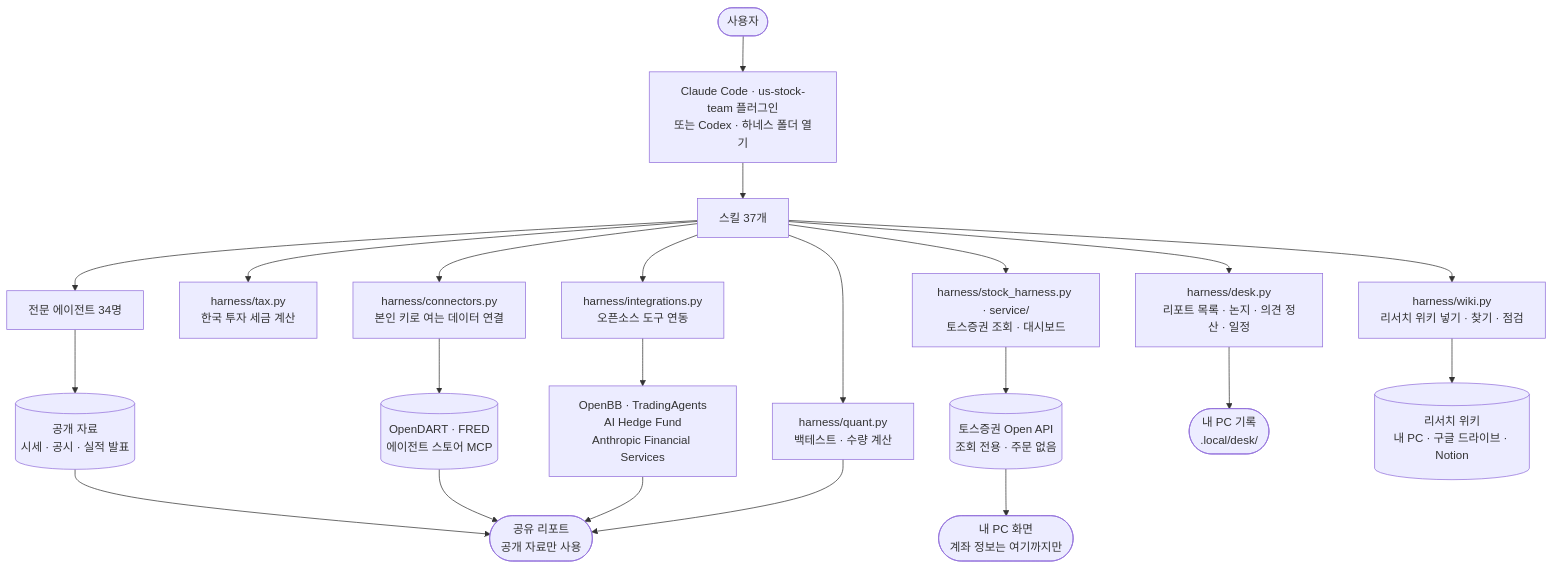
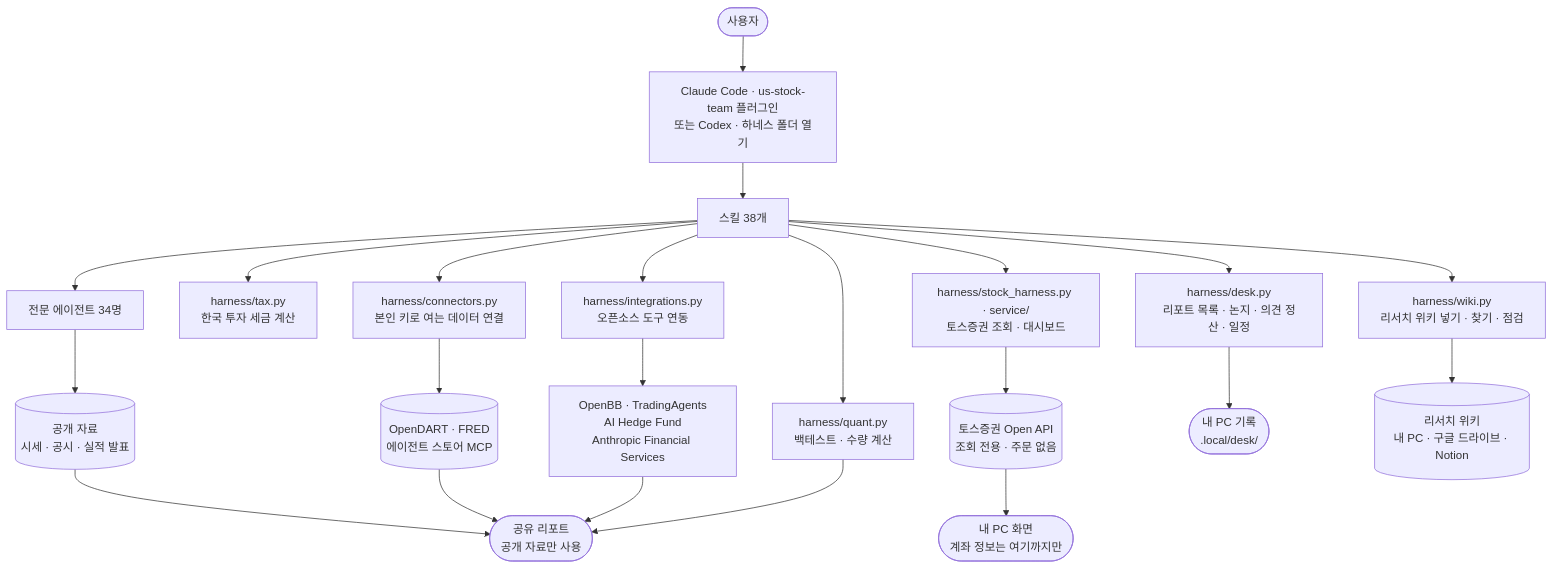
The second of 2 diagrams in README.md (seulee26/stock-team-harness), drawn with Mermaid before and after one commit. The commit also changed other lines of this file and 11 other files, not shown here.

````diff
--- a/README.md
+++ b/README.md
@@ -139,26 +139,26 @@
 ```mermaid
 flowchart TD
     U(["사용자"]) --> AI["Claude Code · us-stock-team 플러그인<br/>또는 Codex · 하네스 폴더 열기"]
-    AI --> SK["스킬 37개"]
+    AI --> SK["스킬 38개"]
     SK --> AG["전문 에이전트 34명"]
     SK --> TX["harness/tax.py<br/>한국 투자 세금 계산"]
     SK --> WK["harness/wiki.py<br/>리서치 위키 넣기 · 찾기 · 점검"]
     SK --> DK["harness/desk.py<br/>리포트 목록 · 논지 · 의견 정산 · 일정"]
     SK --> QN["harness/quant.py<br/>백테스트 · 수량 계산"]
     SK --> CN["harness/connectors.py<br/>본인 키로 여는 데이터 연결"]
     SK --> HI["harness/integrations.py<br/>오픈소스 도구 연동"]
     SK --> HT["harness/stock_harness.py · service/<br/>토스증권 조회 · 대시보드"]
 
     AG --> PUB[("공개 자료<br/>시세 · 공시 · 실적 발표")]
     CN --> DATA[("OpenDART · FRED<br/>에이전트 스토어 MCP")]
     HI --> OSS["OpenBB · TradingAgents<br/>AI Hedge Fund<br/>Anthropic Financial Services"]
     HT --> TOSS[("토스증권 Open API<br/>조회 전용 · 주문 없음")]
 
     PUB --> REP(["공유 리포트<br/>공개 자료만 사용"])
     DATA --> REP
     OSS --> REP
     QN --> REP
     DK --> LOC(["내 PC 기록<br/>.local/desk/"])
     WK --> WIKI[("리서치 위키<br/>내 PC · 구글 드라이브 · Notion")]
     TOSS --> PC(["내 PC 화면<br/>계좌 정보는 여기까지만"])
 ```
````
